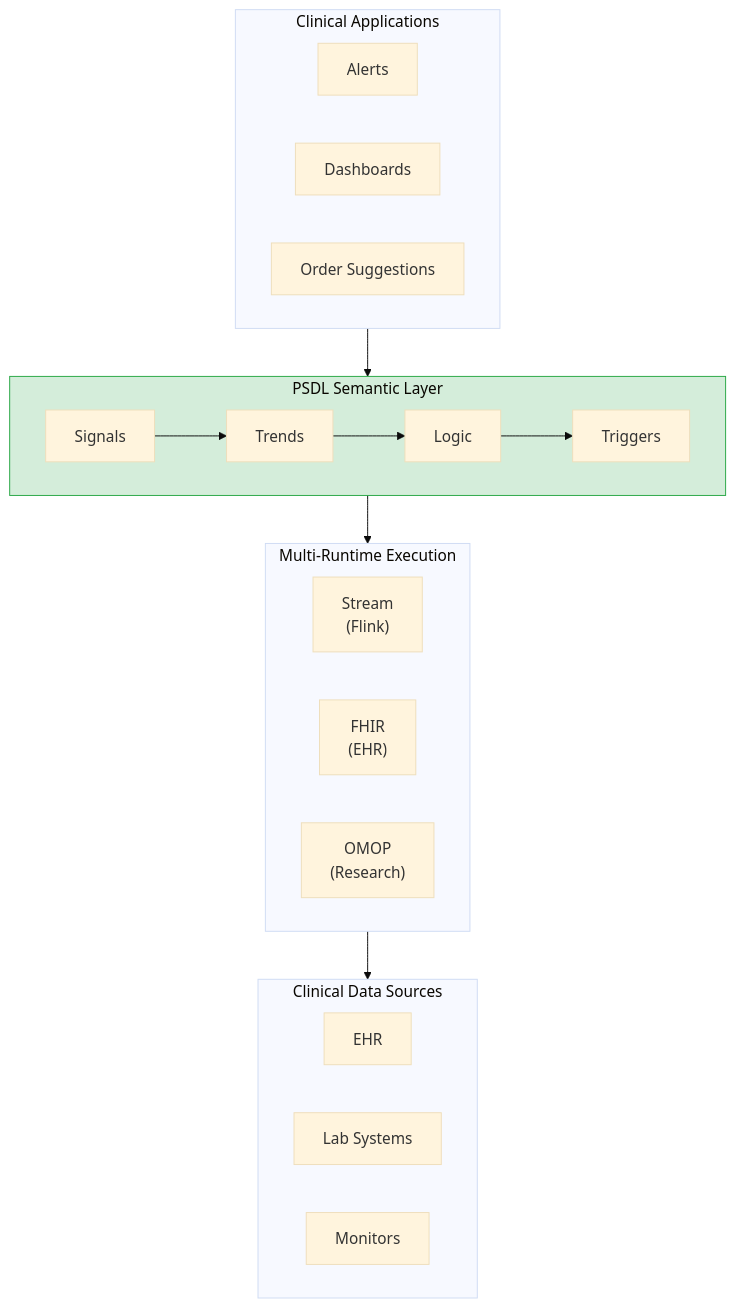
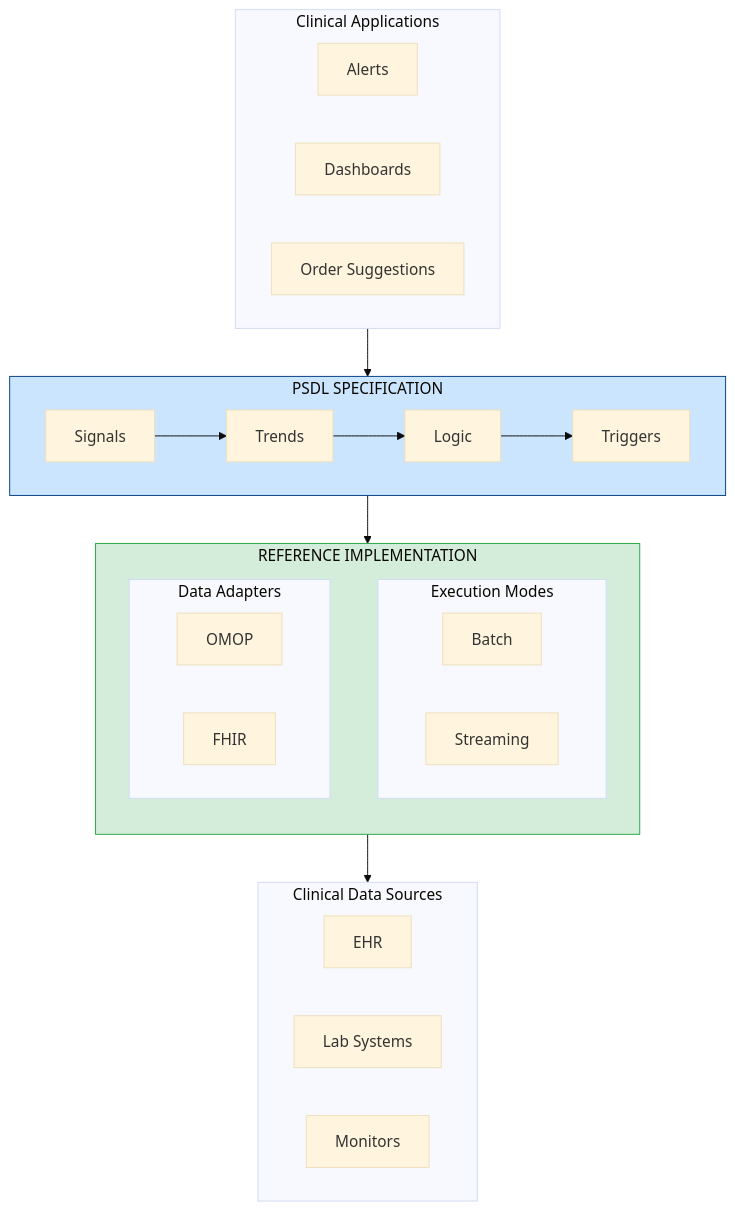
Before and after one commit to Chesterguan/PSDL: the third of 6 diagrams in docs/WHITEPAPER_EN.md, drawn with Mermaid (base theme). The commit also changed other lines of this file and 41 other files, not shown here.

First line of the commit message:
refactor: complete architecture refactoring (reference/adapters) + semantic layer emphasis

````diff
--- a/docs/WHITEPAPER_EN.md
+++ b/docs/WHITEPAPER_EN.md
@@ -120,31 +120,38 @@
 ```mermaid
 flowchart TB
     subgraph Apps["Clinical Applications"]
         A1["Alerts"]
         A2["Dashboards"]
         A3["Order Suggestions"]
     end
 
-    subgraph PSDL["PSDL Semantic Layer"]
+    subgraph Spec["PSDL SPECIFICATION"]
         direction LR
         S["Signals"] --> T["Trends"] --> L["Logic"] --> TR["Triggers"]
     end
 
-    subgraph Runtime["Multi-Runtime Execution"]
-        R1["Stream<br/>(Flink)"]
-        R2["FHIR<br/>(EHR)"]
-        R3["OMOP<br/>(Research)"]
+    subgraph Impl["REFERENCE IMPLEMENTATION"]
+        direction TB
+        subgraph Exec["Execution Modes"]
+            E1["Batch"]
+            E2["Streaming"]
+        end
+        subgraph Adapt["Data Adapters"]
+            A["OMOP"]
+            B["FHIR"]
+        end
     end
 
     subgraph Data["Clinical Data Sources"]
         D1["EHR"]
         D2["Lab Systems"]
         D3["Monitors"]
     end
 
-    Apps --> PSDL
-    PSDL --> Runtime
-    Runtime --> Data
+    Apps --> Spec
+    Spec --> Impl
+    Impl --> Data
 
-    style PSDL fill:#d4edda,stroke:#28a745
+    style Spec fill:#cce5ff,stroke:#004085
+    style Impl fill:#d4edda,stroke:#28a745
 ```
````
